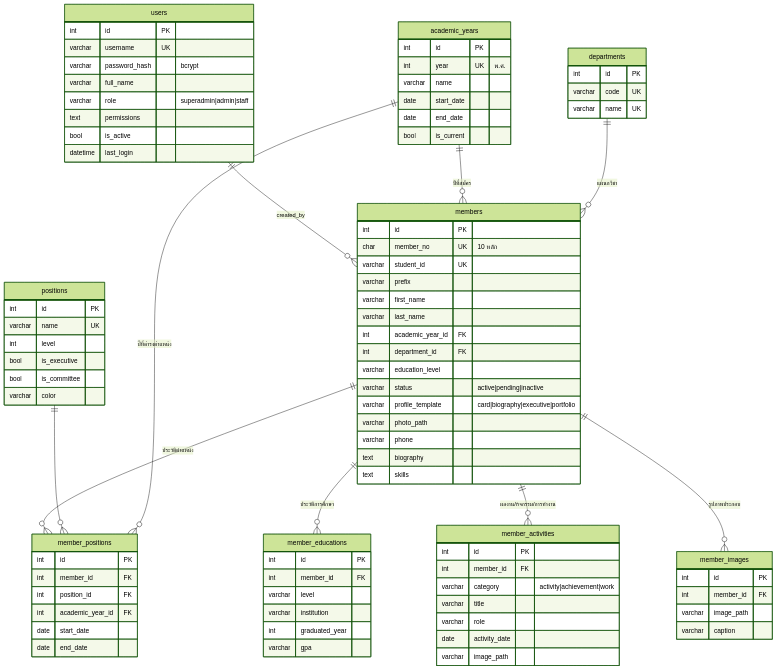
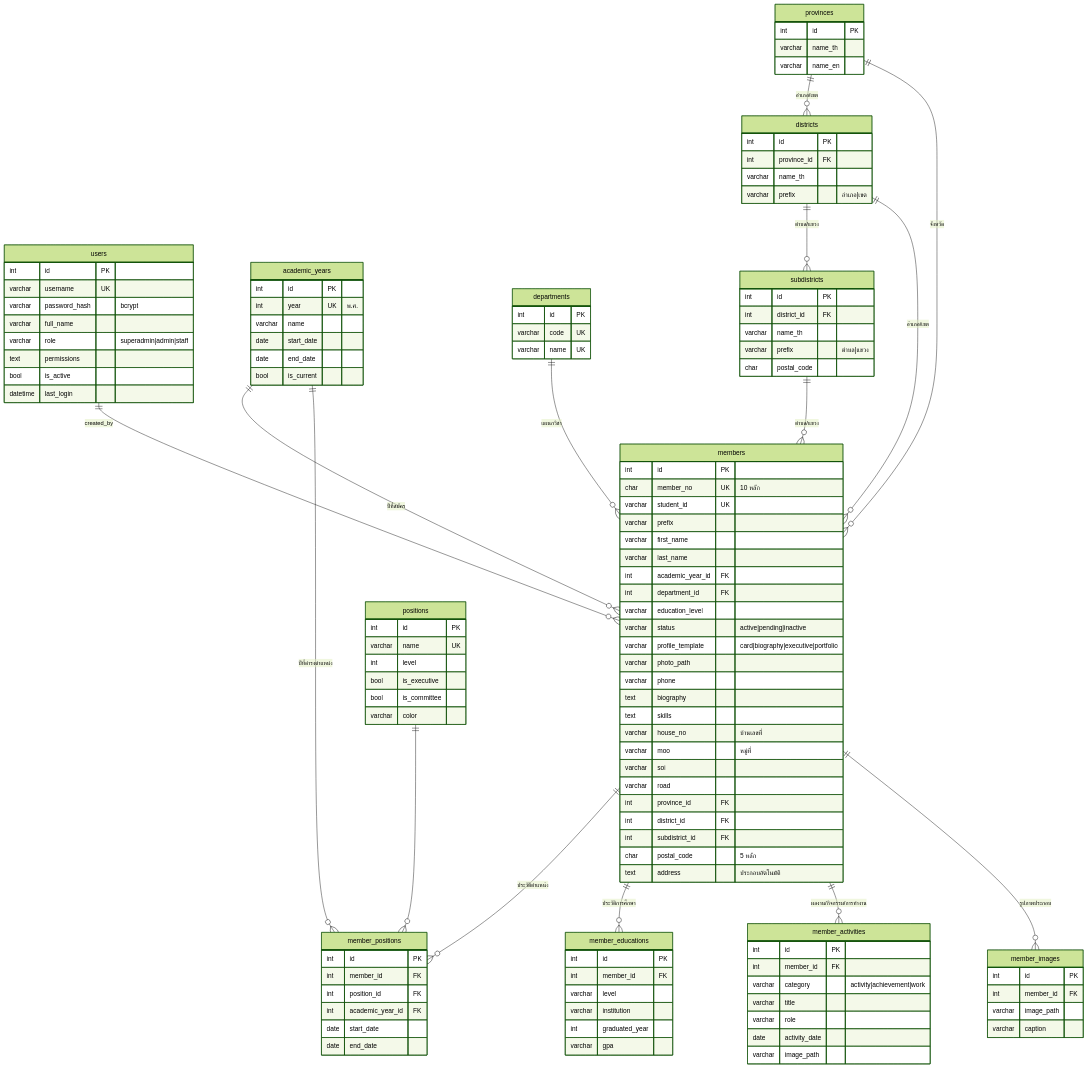
The diagram in docs/ER-diagram.md (BuniDev-coding/Member-Management-Minburi-Technical-College), drawn with Mermaid (forest theme) before and after one commit. The commit also changed 14 other files, not shown here.

First line of the commit message:
แยกที่อยู่สมาชิกเป็นช่องย่อย พร้อมตารางจังหวัด/อำเภอ/ตำบล/รหัสไปรษณีย์

```diff
--- a/docs/ER-diagram.md
+++ b/docs/ER-diagram.md
@@ -11,6 +11,11 @@
     members ||--o{ member_educations : "ประวัติการศึกษา"
     members ||--o{ member_activities : "ผลงาน/กิจกรรม/การทำงาน"
     members ||--o{ member_images : "รูปภาพประกอบ"
+    provinces ||--o{ districts : "อำเภอ/เขต"
+    districts ||--o{ subdistricts : "ตำบล/แขวง"
+    provinces ||--o{ members : "จังหวัด"
+    districts ||--o{ members : "อำเภอ/เขต"
+    subdistricts ||--o{ members : "ตำบล/แขวง"
 
     users {
         int id PK
@@ -59,6 +64,33 @@
         varchar phone
         text biography
         text skills
+        varchar house_no "บ้านเลขที่"
+        varchar moo "หมู่ที่"
+        varchar soi
+        varchar road
+        int province_id FK
+        int district_id FK
+        int subdistrict_id FK
+        char postal_code "5 หลัก"
+        text address "ประกอบอัตโนมัติ"
+    }
+    provinces {
+        int id PK
+        varchar name_th
+        varchar name_en
+    }
+    districts {
+        int id PK
+        int province_id FK
+        varchar name_th
+        varchar prefix "อำเภอ|เขต"
+    }
+    subdistricts {
+        int id PK
+        int district_id FK
+        varchar name_th
+        varchar prefix "ตำบล|แขวง"
+        char postal_code
     }
     member_positions {
         int id PK
```
